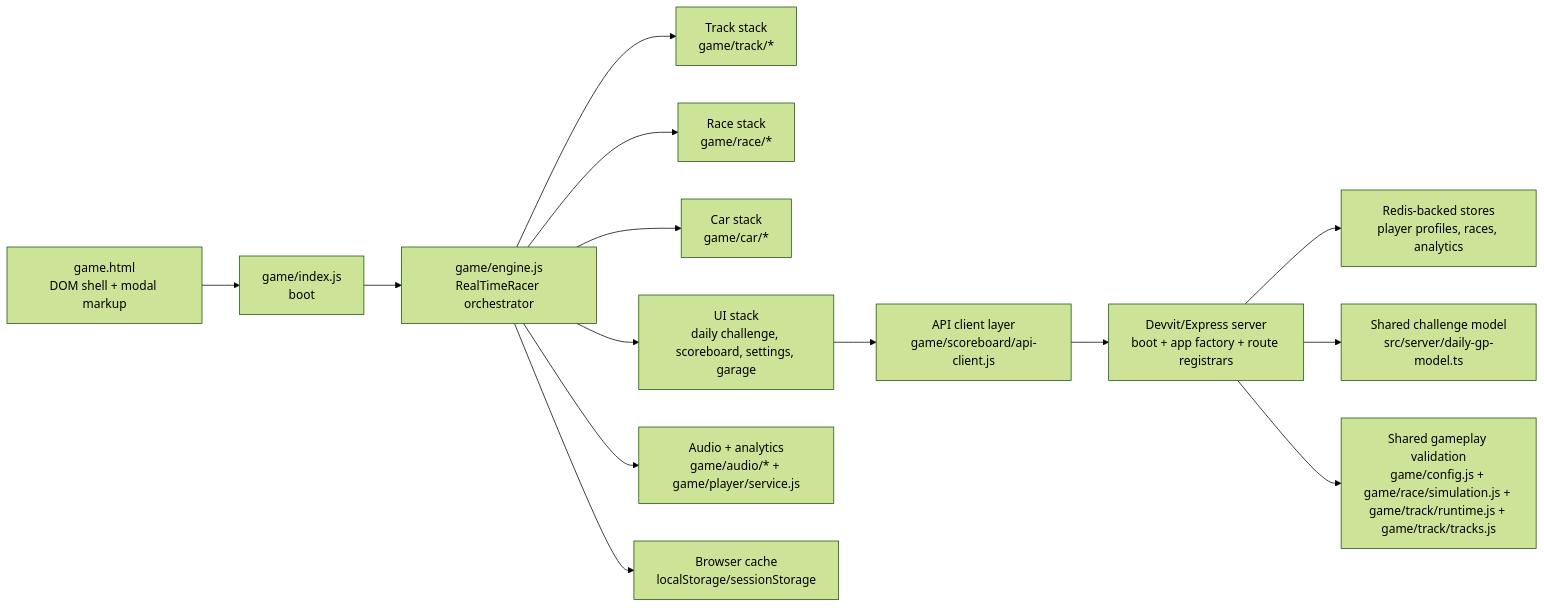
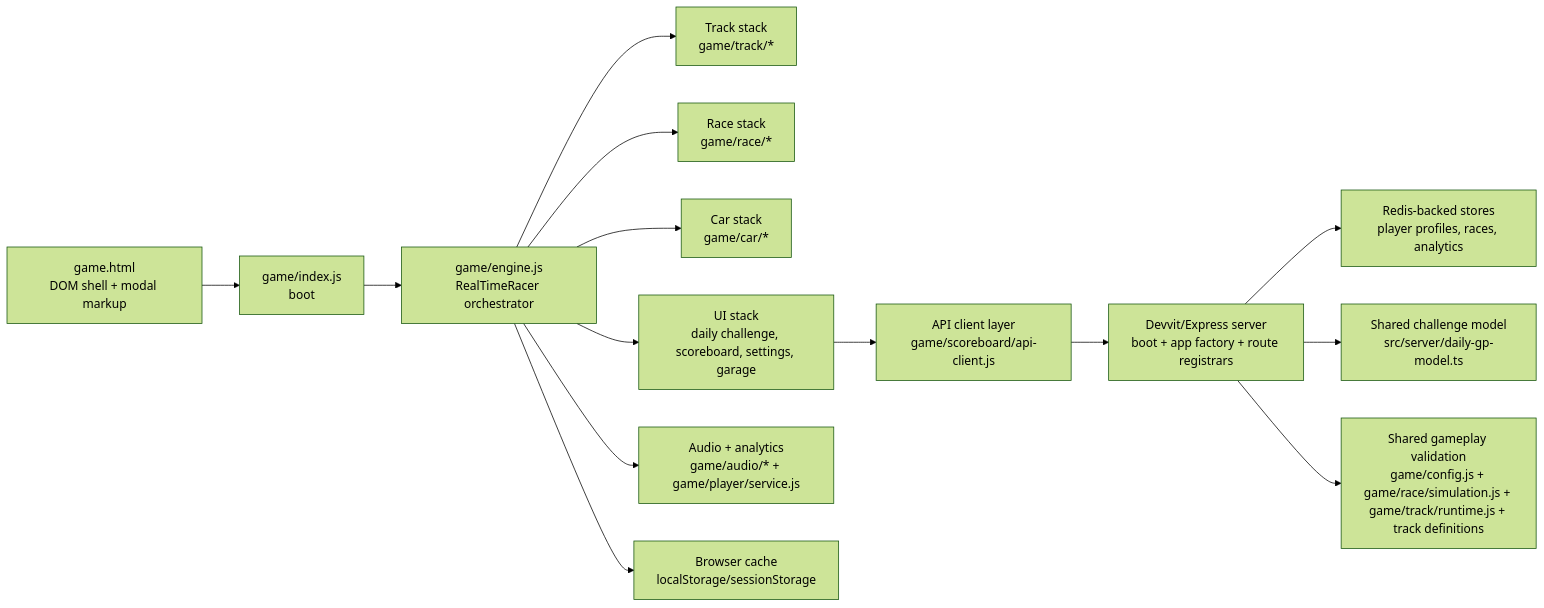
Before and after one commit to shimrut/mini-racer: the diagram in docs/system-change-map.md, drawn with Mermaid (forest theme). The commit also changed other lines of this file and 76 other files, not shown here.

Commit message:
Split track definitions into modules

````diff
--- a/docs/system-change-map.md
+++ b/docs/system-change-map.md
@@ -20,19 +20,19 @@
 ```mermaid
 flowchart LR
     A["game.html<br/>DOM shell + modal markup"] --> B["game/index.js<br/>boot"]
     B --> C["game/engine.js<br/>RealTimeRacer orchestrator"]
 
     C --> D["Track stack<br/>game/track/*"]
     C --> E["Race stack<br/>game/race/*"]
     C --> F["Car stack<br/>game/car/*"]
     C --> G["UI stack<br/>daily challenge, scoreboard, settings, garage"]
     C --> H["Audio + analytics<br/>game/audio/* + game/player/service.js"]
     C --> I["Browser cache<br/>localStorage/sessionStorage"]
 
     G --> J["API client layer<br/>game/scoreboard/api-client.js"]
     J --> K["Devvit/Express server<br/>boot + app factory + route registrars"]
     K --> L["Redis-backed stores<br/>player profiles, races, analytics"]
 
     K --> M["Shared challenge model<br/>src/server/daily-gp-model.ts"]
-    K --> N["Shared gameplay validation<br/>game/config.js + game/race/simulation.js + game/track/runtime.js + game/track/tracks.js"]
+    K --> N["Shared gameplay validation<br/>game/config.js + game/race/simulation.js + game/track/runtime.js + track definitions"]
 ```
````
